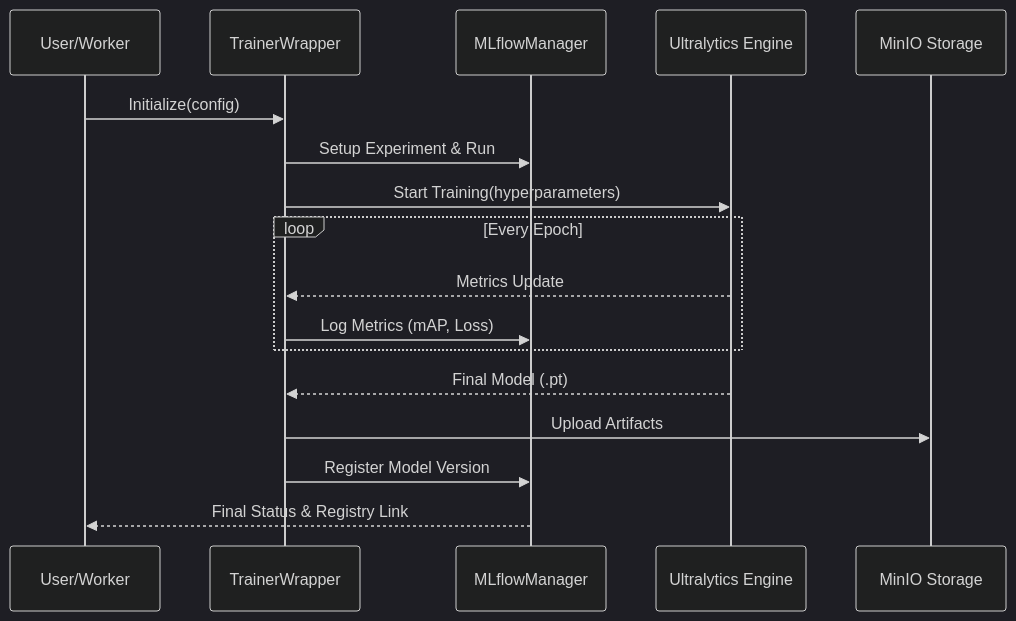
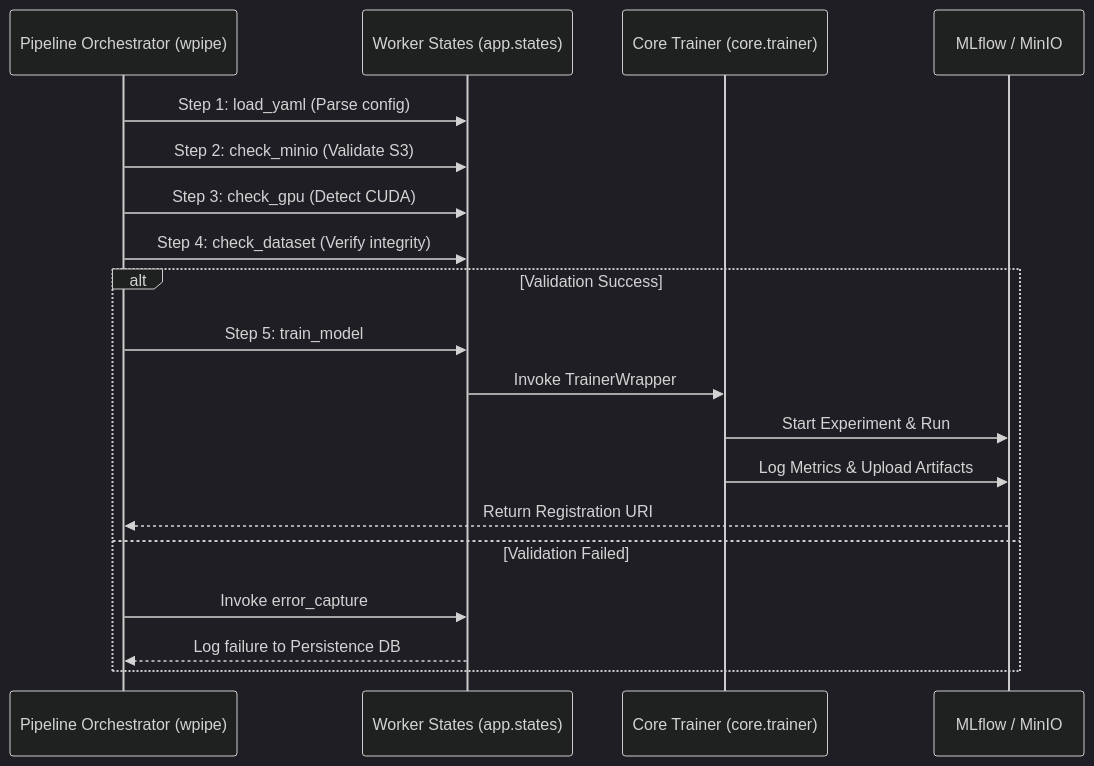
Before and after one commit to wisrovi/wyolo: the second of 3 diagrams in README.md, drawn with Mermaid (dark theme). The commit also changed other lines of this file, not shown here.

Commit message:
docs: complete refactor of README to 'Principal' standard with precise state machine diagrams

````diff
--- a/README.md
+++ b/README.md
@@ -34,20 +33,22 @@
 ```mermaid
 sequenceDiagram
-    participant U as User/Worker
-    participant TW as TrainerWrapper
-    participant MM as MLflowManager
-    participant ULY as Ultralytics Engine
-    participant S3 as MinIO Storage
+    participant Main as Pipeline Orchestrator (wpipe)
+    participant States as Worker States (app.states)
+    participant Core as Core Trainer (core.trainer)
+    participant MLf as MLflow / MinIO
 
-    U->>TW: Initialize(config)
-    TW->>MM: Setup Experiment & Run
-    TW->>ULY: Start Training(hyperparameters)
-    loop Every Epoch
-        ULY-->>TW: Metrics Update
-        TW->>MM: Log Metrics (mAP, Loss)
+    Main->>States: Step 1: load_yaml (Parse config)
+    Main->>States: Step 2: check_minio (Validate S3)
+    Main->>States: Step 3: check_gpu (Detect CUDA)
+    Main->>States: Step 4: check_dataset (Verify integrity)
+    alt Validation Success
+        Main->>States: Step 5: train_model
+        States->>Core: Invoke TrainerWrapper
+        Core->>MLf: Start Experiment & Run
+        Core->>MLf: Log Metrics & Upload Artifacts
+        MLf-->>Main: Return Registration URI
+    else Validation Failed
+        Main->>States: Invoke error_capture
+        States-->>Main: Log failure to Persistence DB
     end
-    ULY-->>TW: Final Model (.pt)
-    TW->>S3: Upload Artifacts
-    TW->>MM: Register Model Version
-    MM-->>U: Final Status & Registry Link
 ```
````
